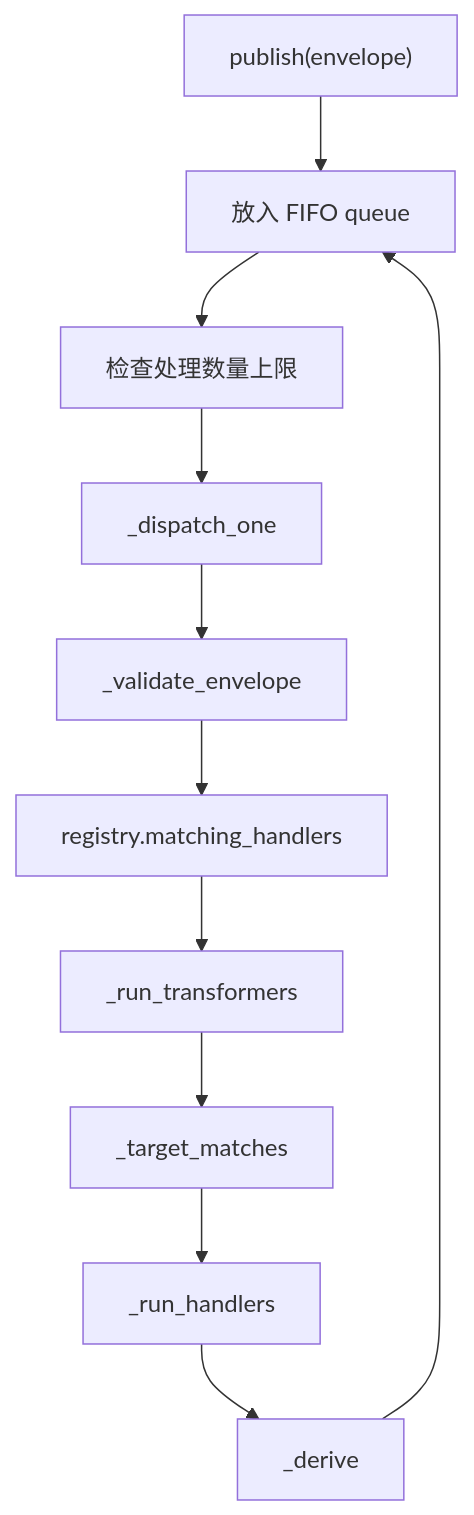
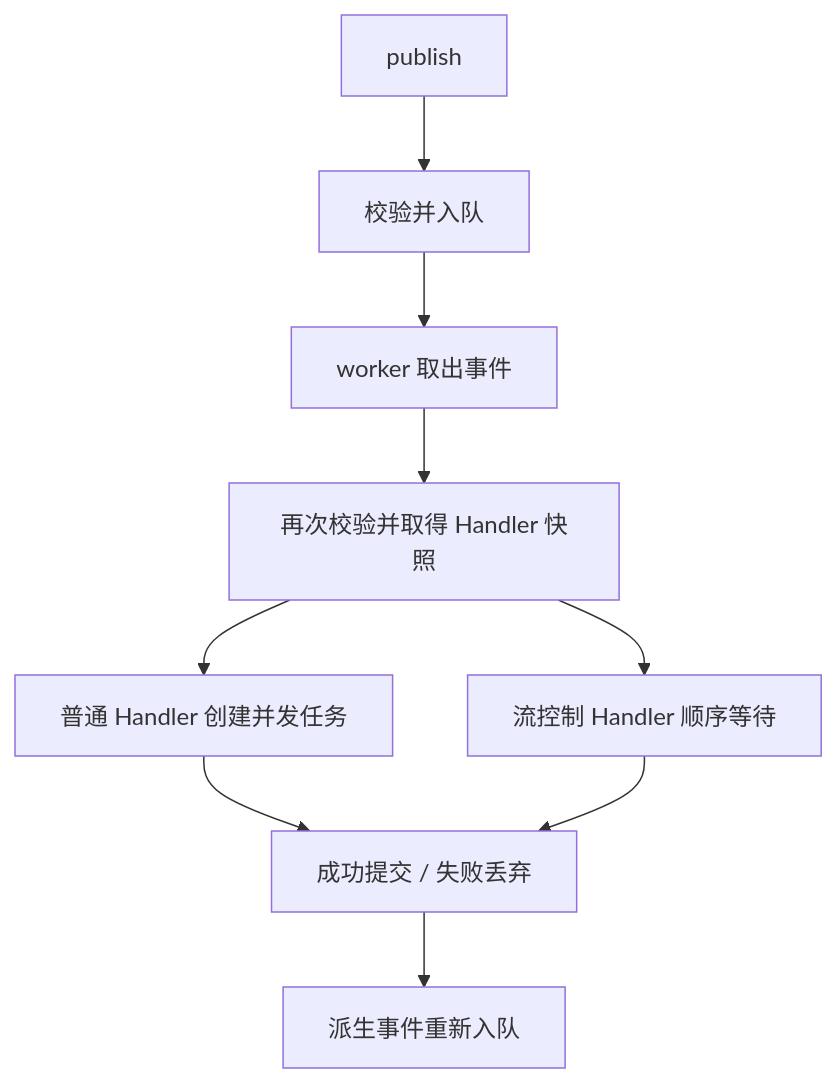
One commit to FXLYawa/SenaBot changed the second of 2 diagrams in src/core/event/README.md. Above: the diagram before and after it, drawn with Mermaid. The commit also changed other lines of this file and 3 other files, not shown here.

Commit message:
docs(event): document one-way event dispatch

````diff
--- a/src/core/event/README.md
+++ b/src/core/event/README.md
@@ -171,13 +136,11 @@
 ```mermaid
 flowchart TD
-    Publish["publish(envelope)"] --> Queue["放入 FIFO queue"]
-    Queue --> Limit["检查处理数量上限"]
-    Limit --> Dispatch["_dispatch_one"]
-    Dispatch --> Validate["_validate_envelope"]
-    Validate --> Match["registry.matching_handlers"]
-    Match --> Transform["_run_transformers"]
-    Transform --> Target["_target_matches"]
-    Target --> Main["_run_handlers"]
-    Main --> Derived["_derive"]
-    Derived --> Queue
+    Publish["publish"] --> Queue["校验并入队"]
+    Queue --> Worker["worker 取出事件"]
+    Worker --> Match["再次校验并取得 Handler 快照"]
+    Match --> Normal["普通 Handler 创建并发任务"]
+    Match --> Control["流控制 Handler 顺序等待"]
+    Normal --> Finish["成功提交 / 失败丢弃"]
+    Control --> Finish
+    Finish --> Derived["派生事件重新入队"]
 ```
````
